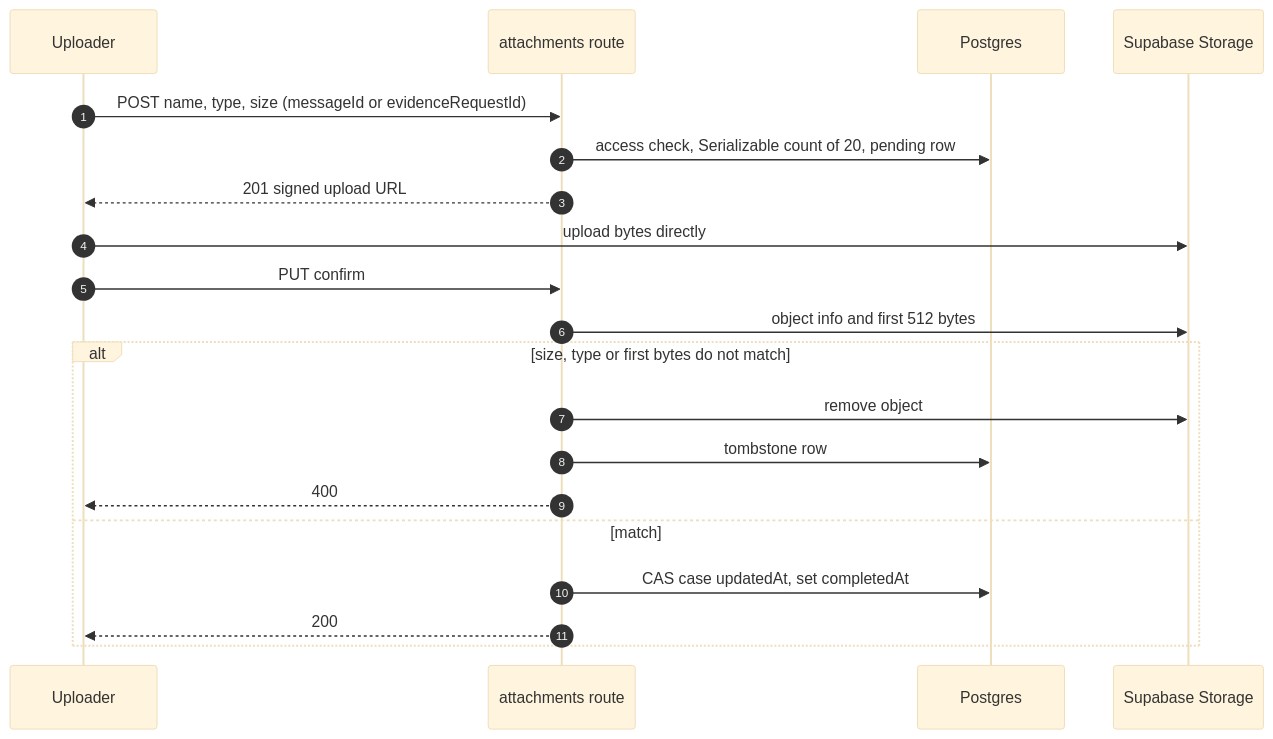
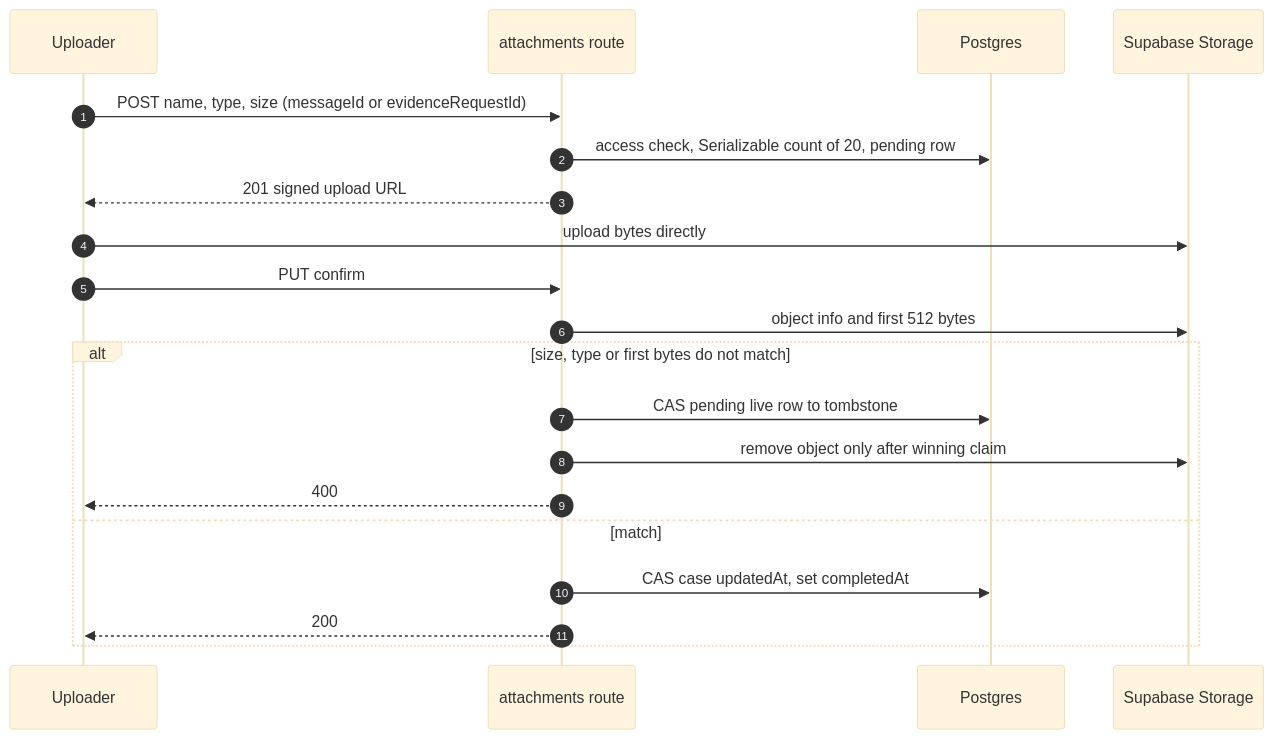
Before and after one commit to Practitionist/familiarise_web: the third of 3 diagrams in docs/support/04-evidence-and-attachments.md, drawn with Mermaid (base theme). The commit also changed other lines of this file and 7 other files, not shown here.

````diff
--- a/docs/support/04-evidence-and-attachments.md
+++ b/docs/support/04-evidence-and-attachments.md
@@ -89,22 +89,22 @@
 ```mermaid
 sequenceDiagram
     autonumber
     participant U as Uploader
     participant API as attachments route
     participant DB as Postgres
     participant ST as Supabase Storage
     U->>API: POST name, type, size (messageId or evidenceRequestId)
     API->>DB: access check, Serializable count of 20, pending row
     API-->>U: 201 signed upload URL
     U->>ST: upload bytes directly
     U->>API: PUT confirm
     API->>ST: object info and first 512 bytes
     alt size, type or first bytes do not match
-        API->>ST: remove object
-        API->>DB: tombstone row
+        API->>DB: CAS pending live row to tombstone
+        API->>ST: remove object only after winning claim
         API-->>U: 400
     else match
         API->>DB: CAS case updatedAt, set completedAt
         API-->>U: 200
     end
 ```
````
